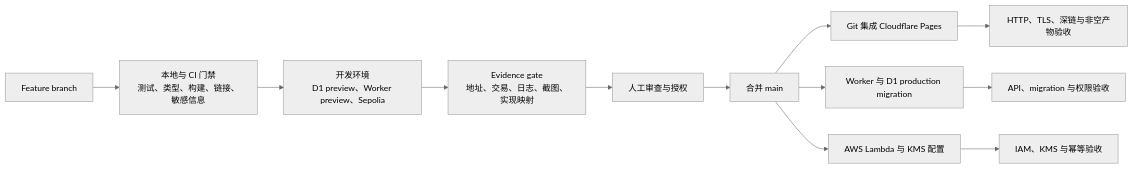
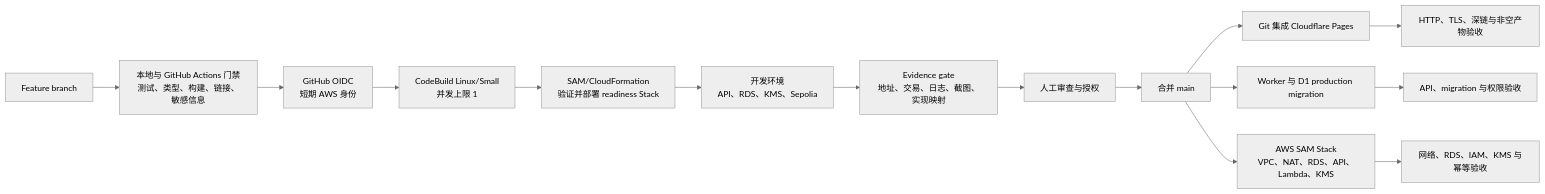
Before and after one commit to Tiancheng-Xu/babysteps: the second of 3 diagrams in docs/superpowers/specs/2026-08-10-babysteps-web3-homework-completion-design.md, drawn with Mermaid (neutral theme). The commit also changed other lines of this file, not shown here.

Commit message:
docs: define aws readiness architecture

````diff
--- a/docs/superpowers/specs/2026-08-10-babysteps-web3-homework-completion-design.md
+++ b/docs/superpowers/specs/2026-08-10-babysteps-web3-homework-completion-design.md
@@ -116,14 +138,17 @@
 ```mermaid
 flowchart LR
-    branch["Feature branch"] --> checks["本地与 CI 门禁<br/>测试、类型、构建、链接、敏感信息"]
-    checks --> preview["开发环境<br/>D1 preview、Worker preview、Sepolia"]
+    branch["Feature branch"] --> checks["本地与 GitHub Actions 门禁<br/>测试、类型、构建、链接、敏感信息"]
+    checks --> oidc["GitHub OIDC<br/>短期 AWS 身份"]
+    oidc --> codebuild["CodeBuild Linux/Small<br/>并发上限 1"]
+    codebuild --> sam["SAM/CloudFormation<br/>验证并部署 readiness Stack"]
+    sam --> preview["开发环境<br/>API、RDS、KMS、Sepolia"]
     preview --> evidence["Evidence gate<br/>地址、交易、日志、截图、实现映射"]
     evidence --> review["人工审查与授权"]
     review --> main["合并 main"]
     main --> pages["Git 集成 Cloudflare Pages"]
     main --> workerDeploy["Worker 与 D1 production migration"]
-    main --> awsDeploy["AWS Lambda 与 KMS 配置"]
+    main --> awsDeploy["AWS SAM Stack<br/>VPC、NAT、RDS、API、Lambda、KMS"]
     pages --> httpGate["HTTP、TLS、深链与非空产物验收"]
     workerDeploy --> apiGate["API、migration 与权限验收"]
-    awsDeploy --> relayerGate["IAM、KMS 与幂等验收"]
+    awsDeploy --> relayerGate["网络、RDS、IAM、KMS 与幂等验收"]
 ```
````
